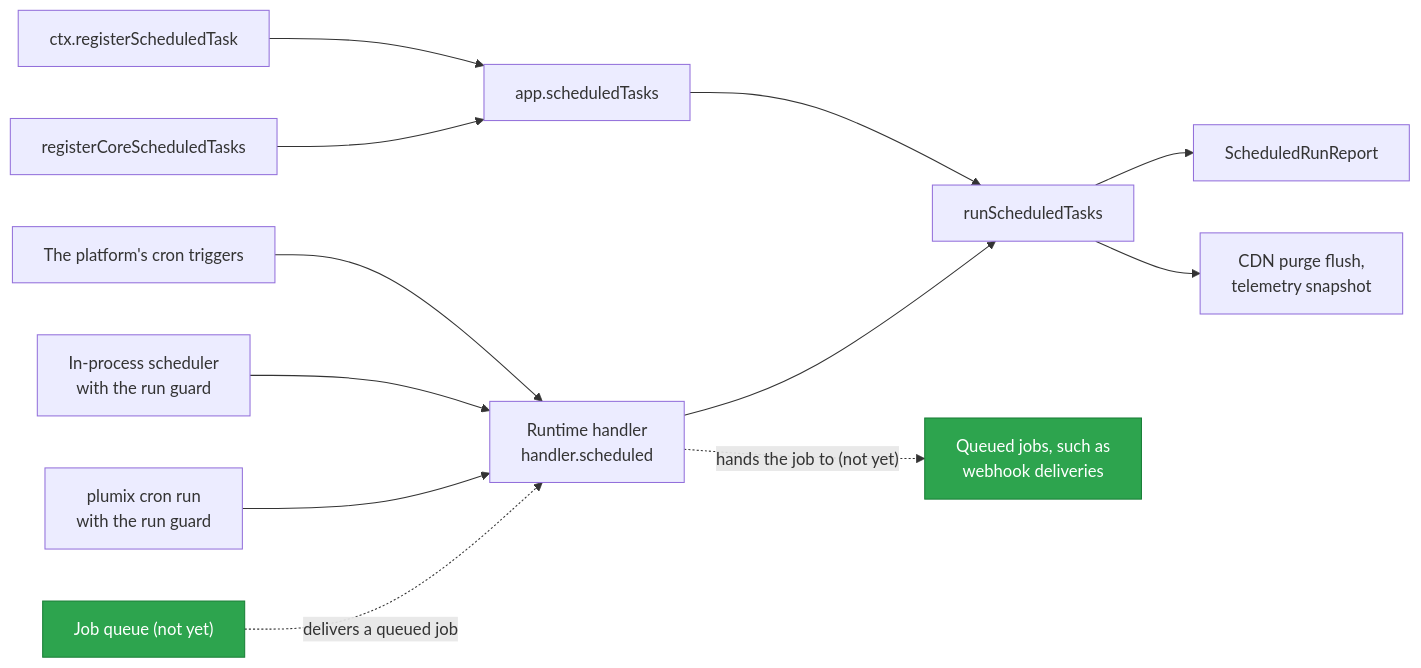
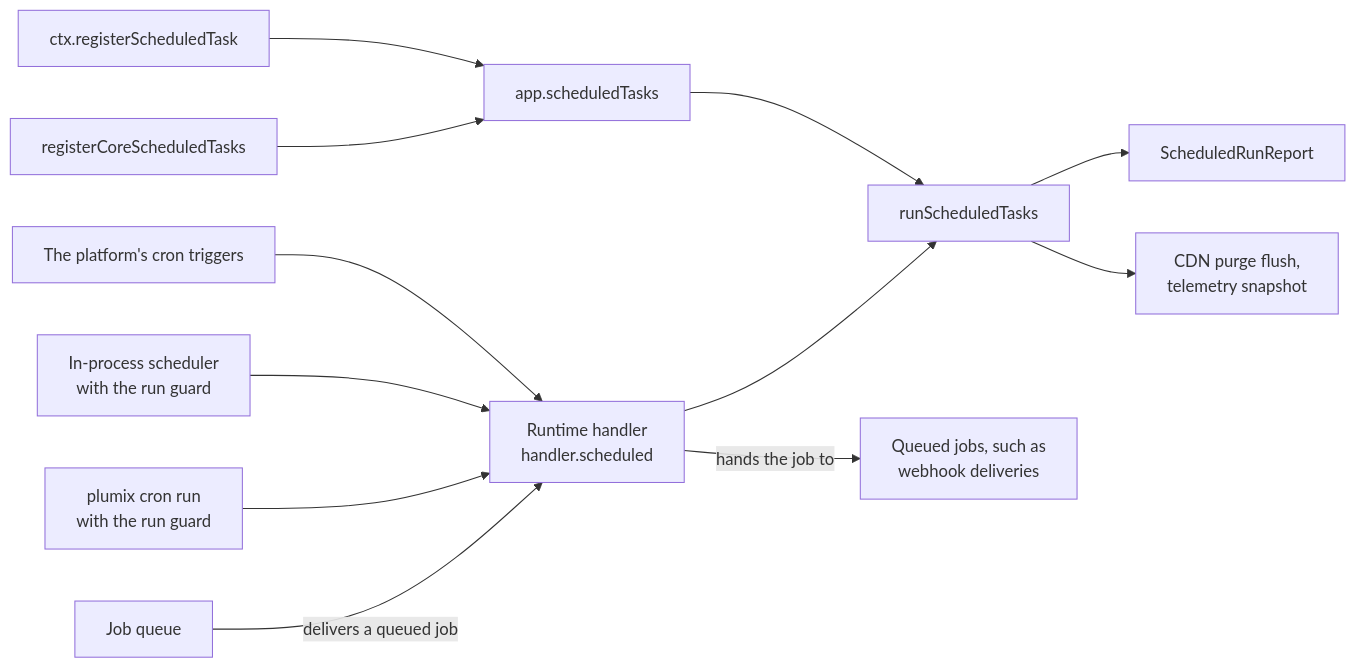
Before and after one commit to withplumix/plumix: the diagram in docs/architecture/cron.md, drawn with Mermaid. The commit also changed other lines of this file and 23 other files, not shown here.

````diff
--- a/docs/architecture/cron.md
+++ b/docs/architecture/cron.md
@@ -17,17 +17,14 @@
 ```mermaid
 flowchart LR
   reg["ctx.registerScheduledTask"] --> app["app.scheduledTasks"]
   core["registerCoreScheduledTasks"] --> app
   platform["The platform's cron triggers"] --> handler["Runtime handler<br/>handler.scheduled"]
   inproc["In-process scheduler<br/>with the run guard"] --> handler
   cli["plumix cron run<br/>with the run guard"] --> handler
-  queue["Job queue (not yet)"] -. "delivers a queued job" .-> handler
+  queue["Job queue"] -- "delivers a queued job" --> handler
   handler --> run["runScheduledTasks"]
-  handler -. "hands the job to (not yet)" .-> jobs["Queued jobs, such as<br/>webhook deliveries"]
+  handler -- "hands the job to" --> jobs["Queued jobs, such as<br/>webhook deliveries"]
   app --> run
   run --> report["ScheduledRunReport"]
   run --> purge["CDN purge flush,<br/>telemetry snapshot"]
-
-  classDef goal fill:#2da44e,stroke:#1a7f37,color:#fff
-  class queue,jobs goal
 ```
````
